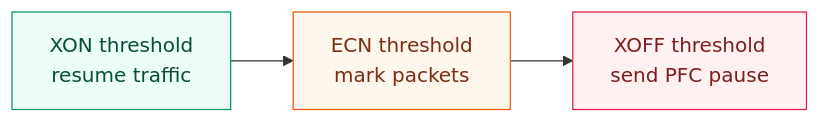
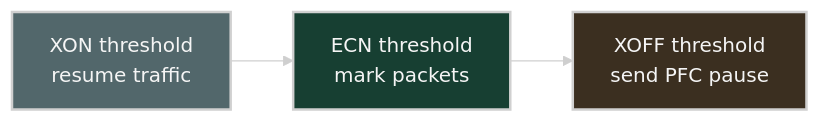
The third of 10 diagrams in ai-data-center-network/chap07/README.md (ziwon/ai-data-center-network), drawn with Mermaid before and after one commit. The commit also changed other lines of this file and 35 other files, not shown here.

Commit message:
docs(mermaid): apply dark diagram style

````diff
--- a/ai-data-center-network/chap07/README.md
+++ b/ai-data-center-network/chap07/README.md
@@ -353,12 +355,13 @@
 ```mermaid
+%%{init: {"theme": "base", "themeVariables": {"background": "#171717", "primaryColor": "#232323", "primaryTextColor": "#f5f5f5", "primaryBorderColor": "#d0d0d0", "lineColor": "#cfcfcf", "fontFamily": "Inter, Arial, sans-serif"}}}%%
 flowchart LR
-    classDef low fill:#ecfdf5,stroke:#059669,color:#064e3b
-    classDef ecn fill:#fff7ed,stroke:#ea580c,color:#7c2d12
-    classDef pfc fill:#fff1f2,stroke:#e11d48,color:#7f1d1d
+    classDef low fill:#52676b,stroke:#d0d0d0,color:#f5f5f5,stroke-width:2px;
+    classDef ecn fill:#173f32,stroke:#d0d0d0,color:#f5f5f5,stroke-width:2px;
+    classDef pfc fill:#3b2f20,stroke:#d0d0d0,color:#f5f5f5,stroke-width:2px;
 
     XON[XON threshold<br/>resume traffic]:::low
     ECN[ECN threshold<br/>mark packets]:::ecn
     XOFF[XOFF threshold<br/>send PFC pause]:::pfc
 
     XON --> ECN --> XOFF
 ```
````
